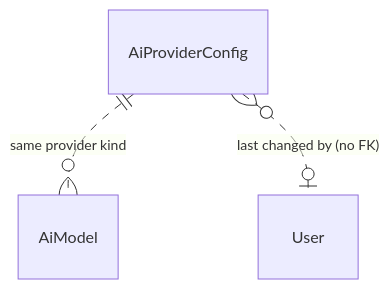
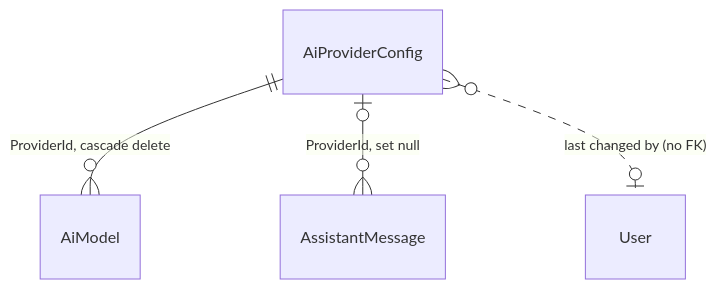
The fourth of 9 diagrams in TF - Documents/TF - HLD/06-Settings/06.3-TFA-Settings/HLD-TFA-Settings.md (jojogeorge3344/TaskFlow-Project), drawn with Mermaid before and after one commit. The commit also changed other lines of this file and 8 other files, not shown here.

````diff
--- a/TF - Documents/TF - HLD/06-Settings/06.3-TFA-Settings/HLD-TFA-Settings.md
+++ b/TF - Documents/TF - HLD/06-Settings/06.3-TFA-Settings/HLD-TFA-Settings.md
@@ -261,5 +280,6 @@
 ```mermaid
 erDiagram
-  AiProviderConfig ||..o{ AiModel : "same provider kind"
+  AiProviderConfig ||--o{ AiModel : "ProviderId, cascade delete"
+  AiProviderConfig |o--o{ AssistantMessage : "ProviderId, set null"
   AiProviderConfig }o..o| User : "last changed by (no FK)"
 ```
````
